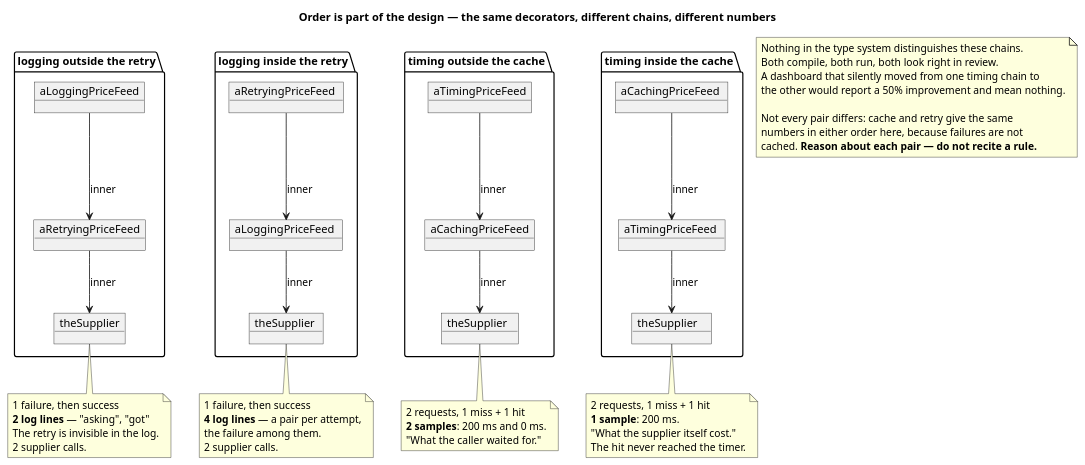
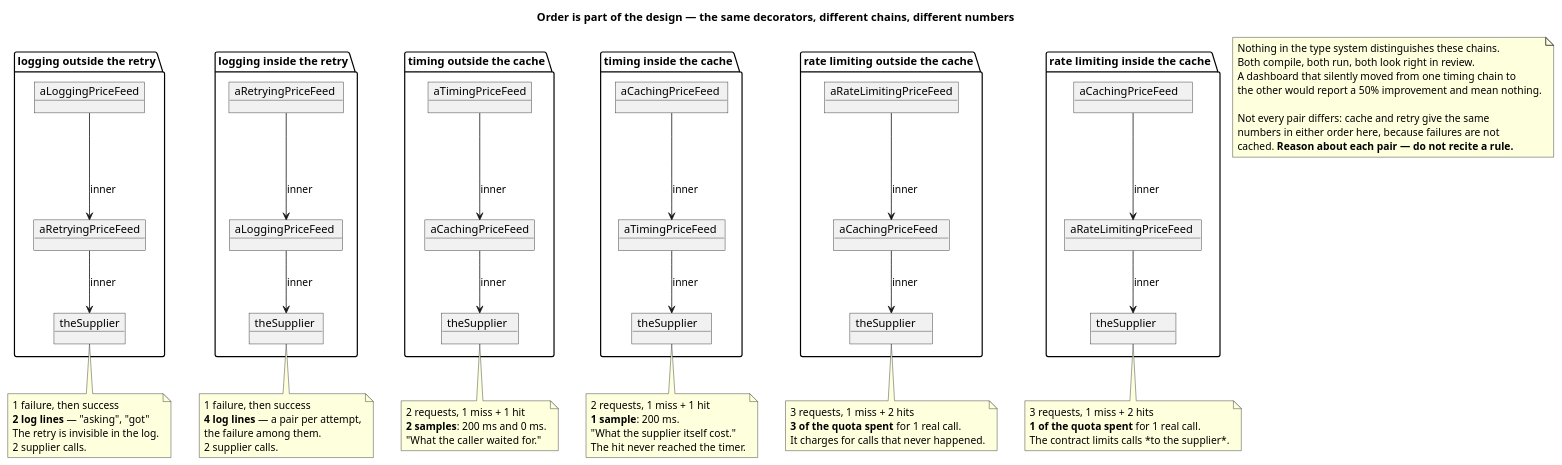
Before and after one commit to kaldiroglu/DesignPatternsWithJava: the diagram in src/main/java/dev/kaldiroglu/dp/structural/decorator/middleware/solution/classic/uml/decorator-middleware-objects.puml, drawn with PlantUML. The commit also changed 2 other files, not shown here.

Commit message:
Decorator middleware: file the object diagram with the classes it draws
The ordering object diagram sat alone in middleware/uml/ while the four
other diagrams had been filed next to the packages they describe. It draws
solution/classic objects — CachingPriceFeed and TimingPriceFeed exist
nowhere else — so it belongs beside the sequence diagram, which has the
identical cast.

The README documented a single flat uml/ folder that no longer existed, and
its regeneration command matched one diagram of five from middleware/ and
none at all from the repository root, where the mvn and java commands beside
it must run. Both corrected.

Adds the rate limiter / cache pair to the diagram: three of the quota spent
for one real call, against one when the cache is outside. Both figures are
asserted by OrderingTest.rateLimitAroundCache.

```diff
--- a/src/main/java/dev/kaldiroglu/dp/structural/decorator/middleware/solution/classic/uml/decorator-middleware-objects.puml
+++ b/src/main/java/dev/kaldiroglu/dp/structural/decorator/middleware/solution/classic/uml/decorator-middleware-objects.puml
@@ -1,71 +1,97 @@
 @startuml Decorator-Middleware-Objects
 skinparam classAttributeIconSize 0
 title Order is part of the design — the same decorators, different chains, different numbers
 
 package "logging outside the retry" {
   object "aLoggingPriceFeed" as l1
   object "aRetryingPriceFeed" as r1
   object "theSupplier" as s1
   l1 --> r1 : inner
   r1 --> s1 : inner
 }
 note bottom of s1
   1 failure, then success
   **2 log lines** — "asking", "got"
   The retry is invisible in the log.
   2 supplier calls.
 end note
 
 package "logging inside the retry" {
   object "aRetryingPriceFeed " as r2
   object "aLoggingPriceFeed " as l2
   object "theSupplier " as s2
   r2 --> l2 : inner
   l2 --> s2 : inner
 }
 note bottom of s2
   1 failure, then success
   **4 log lines** — a pair per attempt,
   the failure among them.
   2 supplier calls.
 end note
 
 package "timing outside the cache" {
   object "aTimingPriceFeed" as t3
   object "aCachingPriceFeed" as c3
   object "theSupplier  " as s3
   t3 --> c3 : inner
   c3 --> s3 : inner
 }
 note bottom of s3
   2 requests, 1 miss + 1 hit
   **2 samples**: 200 ms and 0 ms.
   "What the caller waited for."
 end note
 
 package "timing inside the cache" {
   object "aCachingPriceFeed " as c4
   object "aTimingPriceFeed " as t4
   object "theSupplier   " as s4
   c4 --> t4 : inner
   t4 --> s4 : inner
 }
 note bottom of s4
   2 requests, 1 miss + 1 hit
   **1 sample**: 200 ms.
   "What the supplier itself cost."
   The hit never reached the timer.
 end note
 
+package "rate limiting outside the cache" {
+  object "aRateLimitingPriceFeed" as k5
+  object "aCachingPriceFeed  " as c5
+  object "theSupplier    " as s5
+  k5 --> c5 : inner
+  c5 --> s5 : inner
+}
+note bottom of s5
+  3 requests, 1 miss + 2 hits
+  **3 of the quota spent** for 1 real call.
+  It charges for calls that never happened.
+end note
+
+package "rate limiting inside the cache" {
+  object "aCachingPriceFeed   " as c6
+  object "aRateLimitingPriceFeed " as k6
+  object "theSupplier     " as s6
+  c6 --> k6 : inner
+  k6 --> s6 : inner
+}
+note bottom of s6
+  3 requests, 1 miss + 2 hits
+  **1 of the quota spent** for 1 real call.
+  The contract limits calls *to the supplier*.
+end note
+
 note as N1
   Nothing in the type system distinguishes these chains.
   Both compile, both run, both look right in review.
   A dashboard that silently moved from one timing chain to
   the other would report a 50% improvement and mean nothing.
 
   Not every pair differs: cache and retry give the same
   numbers in either order here, because failures are not
   cached. **Reason about each pair — do not recite a rule.**
 end note
 
 @enduml
```
